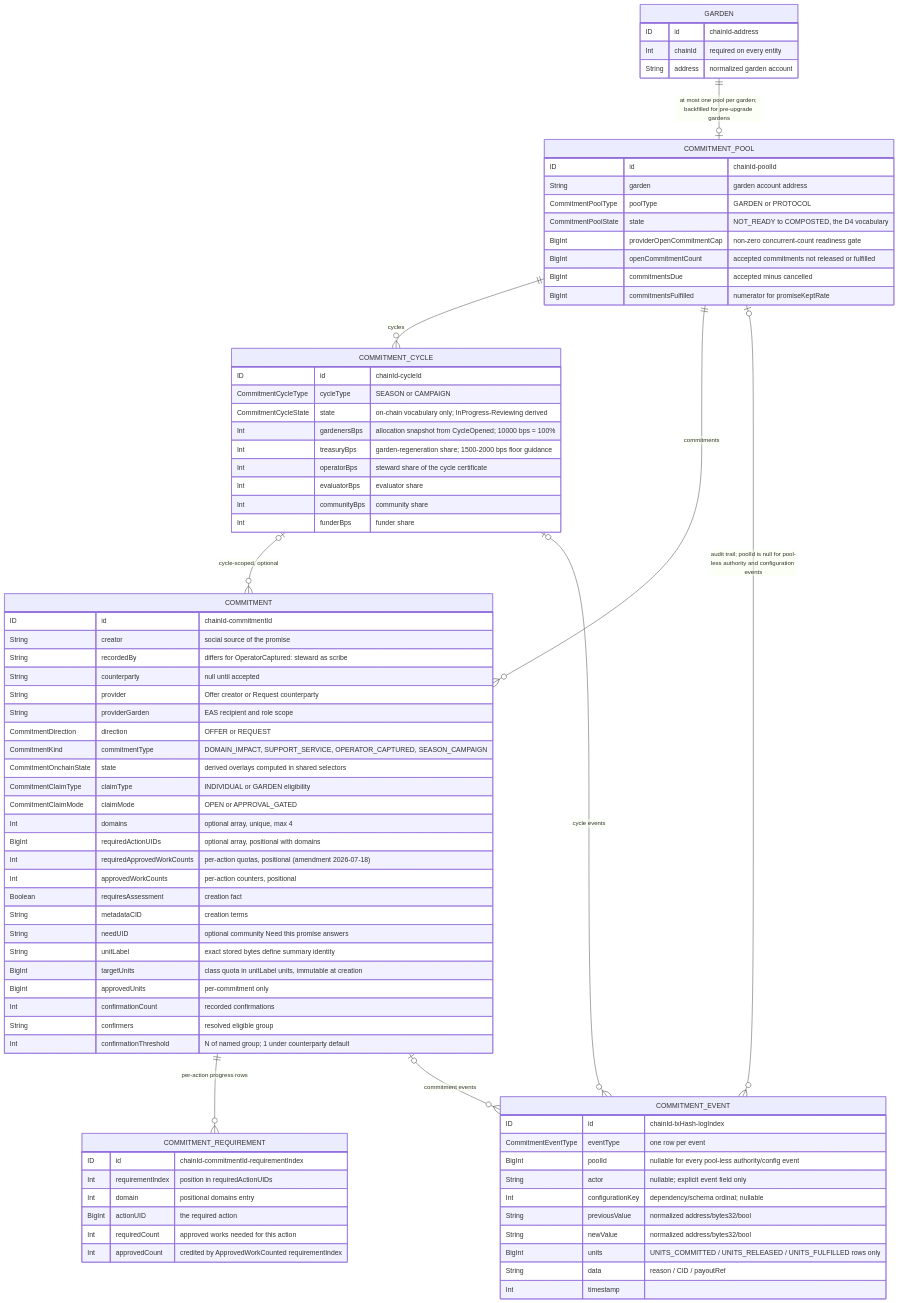
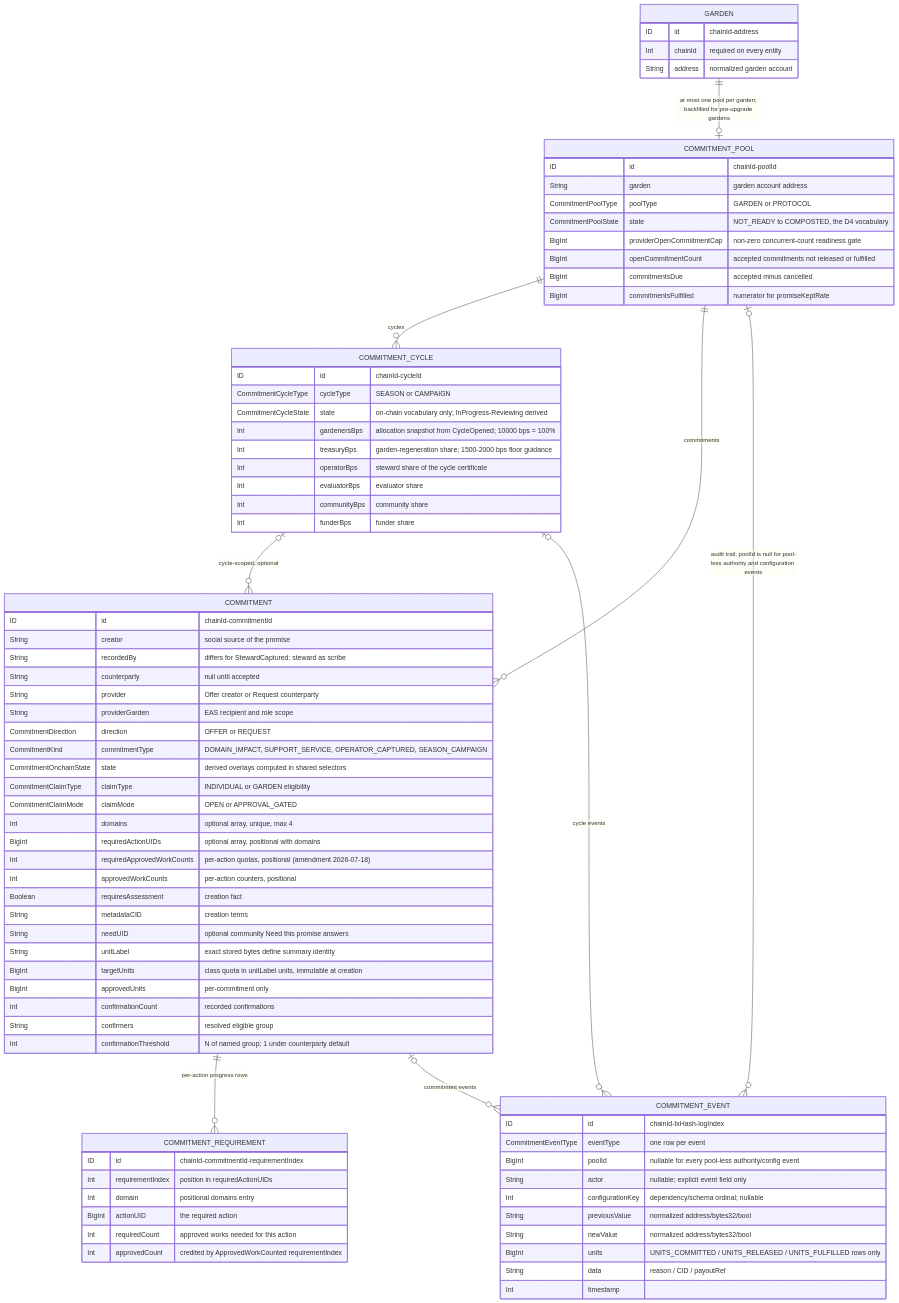
Before and after one commit to greenpill-dev-guild/green-goods: diagram 15 of 32 in .plans/active/commitment-pooling/diagrams.md, drawn with Mermaid. The commit also changed other lines of this file and 31 other files, not shown here.

Commit message:
docs(shared): rename operator-captured commitments to steward-captured

```diff
--- a/.plans/active/commitment-pooling/diagrams.md
+++ b/.plans/active/commitment-pooling/diagrams.md
@@ -709,7 +709,7 @@
   COMMITMENT {
     ID id "chainId-commitmentId"
     String creator "social source of the promise"
-    String recordedBy "differs for OperatorCaptured: steward as scribe"
+    String recordedBy "differs for StewardCaptured: steward as scribe"
     String counterparty "null until accepted"
     String provider "Offer creator or Request counterparty"
     String providerGarden "EAS recipient and role scope"
```
